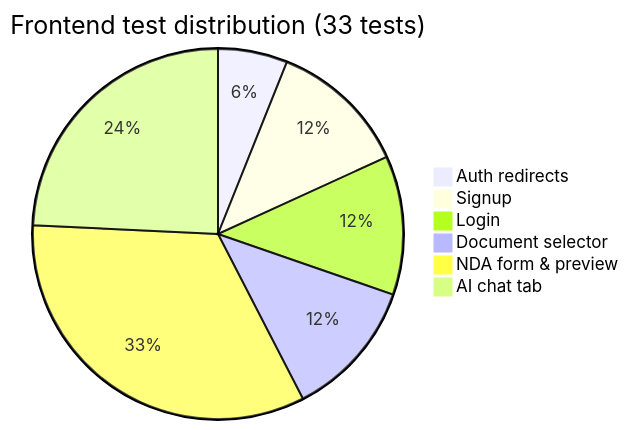
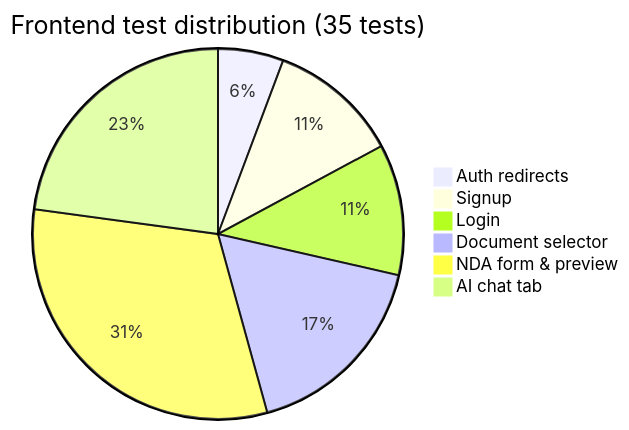
The third of 6 diagrams in docs/test-coverage-report.md (shaynemeyer/prelegal), drawn with Mermaid before and after one commit. The commit also changed other lines of this file and 6 other files, not shown here.

````diff
--- a/docs/test-coverage-report.md
+++ b/docs/test-coverage-report.md
@@ -91,9 +91,9 @@
 ```mermaid
-pie title Frontend test distribution (33 tests)
+pie title Frontend test distribution (35 tests)
     "Auth redirects" : 2
     "Signup" : 4
     "Login" : 4
-    "Document selector" : 4
+    "Document selector" : 6
     "NDA form & preview" : 11
     "AI chat tab" : 8
 ```
````
